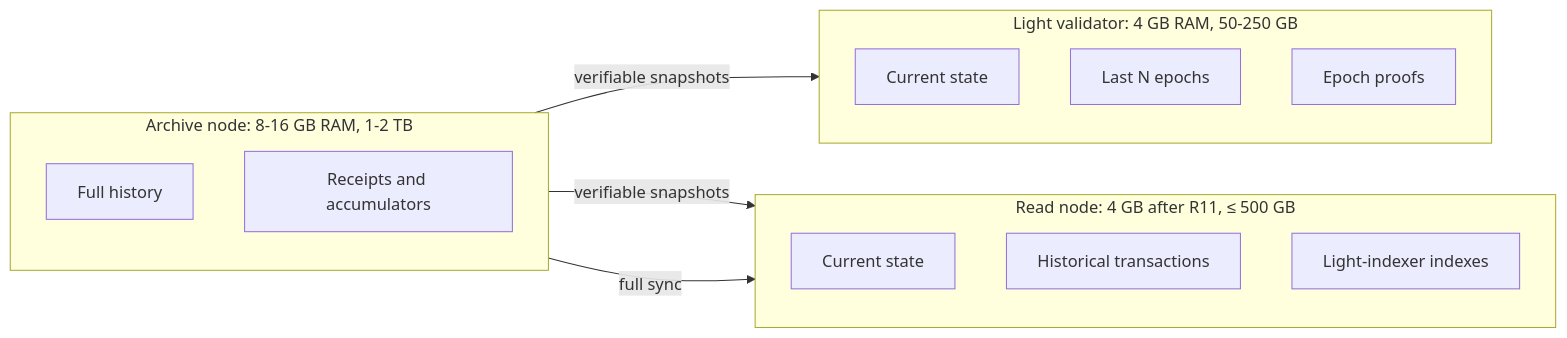
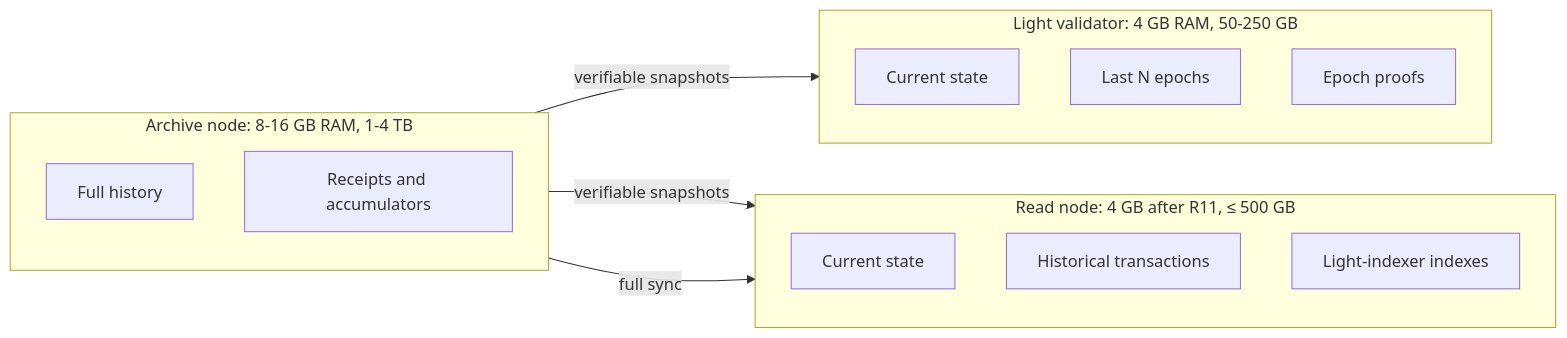
The fourth of 4 diagrams in docs/en/09-lighter-nodes.md (dazligth/radix-decentralization-roadmap), drawn with Mermaid before and after one commit. The commit also changed other lines of this file and 30 other files, not shown here.

````diff
--- a/docs/en/09-lighter-nodes.md
+++ b/docs/en/09-lighter-nodes.md
@@ -438,20 +438,20 @@
 ```mermaid
 flowchart LR
     subgraph V["Light validator: 4 GB RAM, 50-250 GB"]
         V1["Current state"]
         V2["Last N epochs"]
         V3["Epoch proofs"]
     end
     subgraph R["Read node: 4 GB after R11, ≤ 500 GB"]
         R1["Current state"]
         R2["Historical transactions"]
         R3["Light-indexer indexes"]
     end
-    subgraph A["Archive node: 8-16 GB RAM, 1-2 TB"]
+    subgraph A["Archive node: 8-16 GB RAM, 1-4 TB"]
         A1["Full history"]
         A2["Receipts and accumulators"]
     end
     A -- "verifiable snapshots" --> V
     A -- "verifiable snapshots" --> R
     A -- "full sync" --> R
 ```
````
